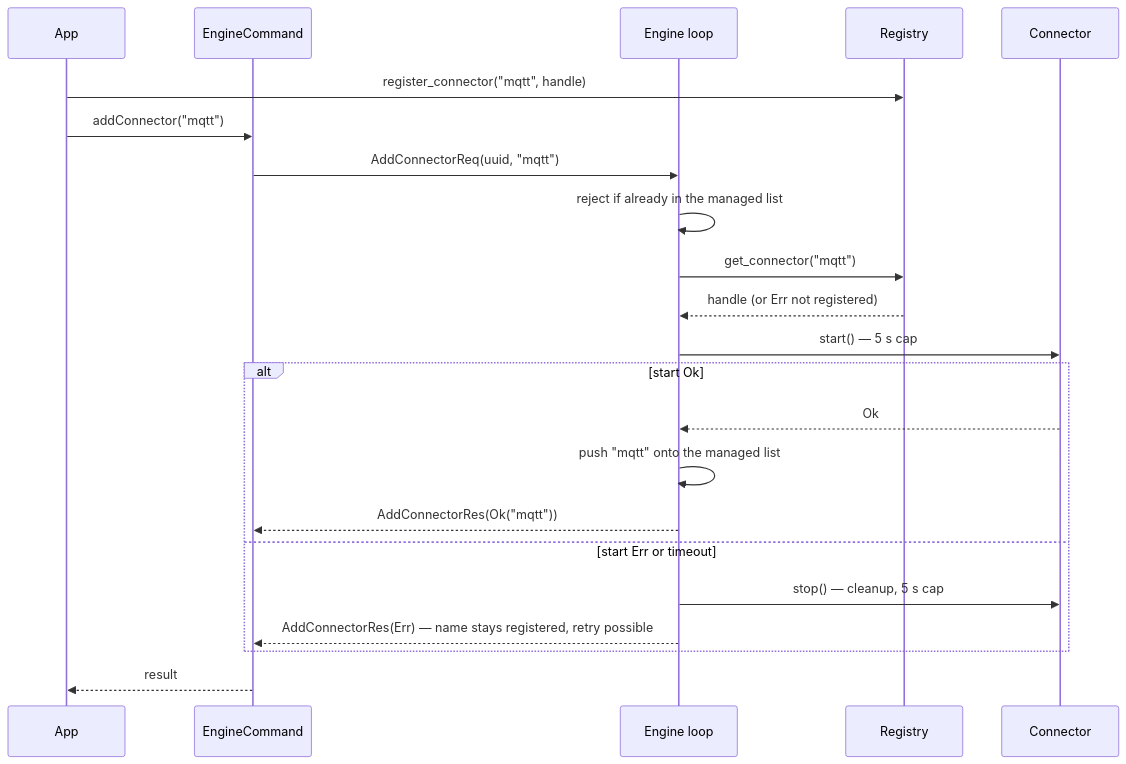
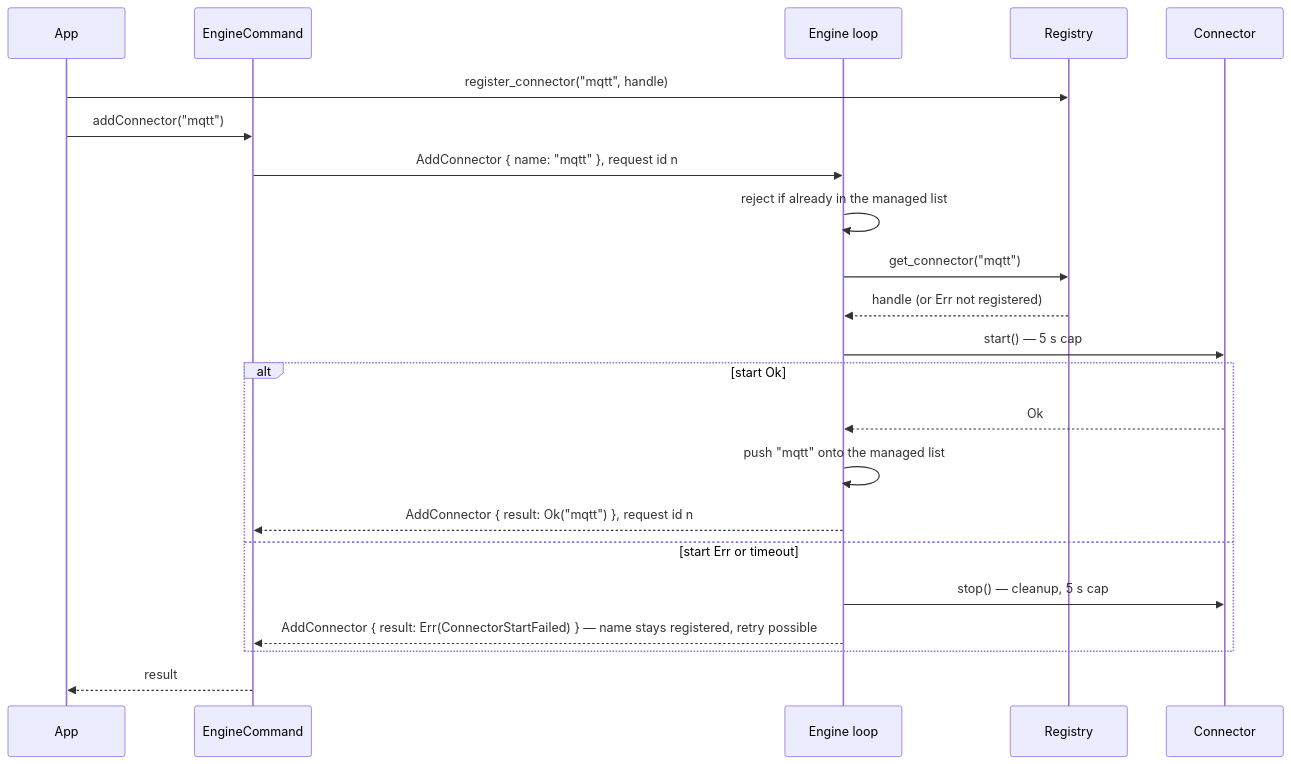
Before and after one commit to rracariu/logic-mesh: the third of 12 diagrams in docs/connectors.md, drawn with Mermaid. The commit also changed other lines of this file and 38 other files, not shown here.

````diff
--- a/docs/connectors.md
+++ b/docs/connectors.md
@@ -252,25 +258,25 @@
 ```mermaid
 sequenceDiagram
   participant App
   participant Cmd as EngineCommand
   participant Eng as Engine loop
   participant Reg as Registry
   participant Con as Connector
 
   App->>Reg: register_connector("mqtt", handle)
   App->>Cmd: addConnector("mqtt")
-  Cmd->>Eng: AddConnectorReq(uuid, "mqtt")
+  Cmd->>Eng: AddConnector { name: "mqtt" }, request id n
   Eng->>Eng: reject if already in the managed list
   Eng->>Reg: get_connector("mqtt")
   Reg-->>Eng: handle (or Err not registered)
   Eng->>Con: start()  — 5 s cap
   alt start Ok
     Con-->>Eng: Ok
     Eng->>Eng: push "mqtt" onto the managed list
-    Eng-->>Cmd: AddConnectorRes(Ok("mqtt"))
+    Eng-->>Cmd: AddConnector { result: Ok("mqtt") }, request id n
   else start Err or timeout
     Eng->>Con: stop()  — cleanup, 5 s cap
-    Eng-->>Cmd: AddConnectorRes(Err) — name stays registered, retry possible
+    Eng-->>Cmd: AddConnector { result: Err(ConnectorStartFailed) } — name stays registered, retry possible
   end
   Cmd-->>App: result
 ```
````
